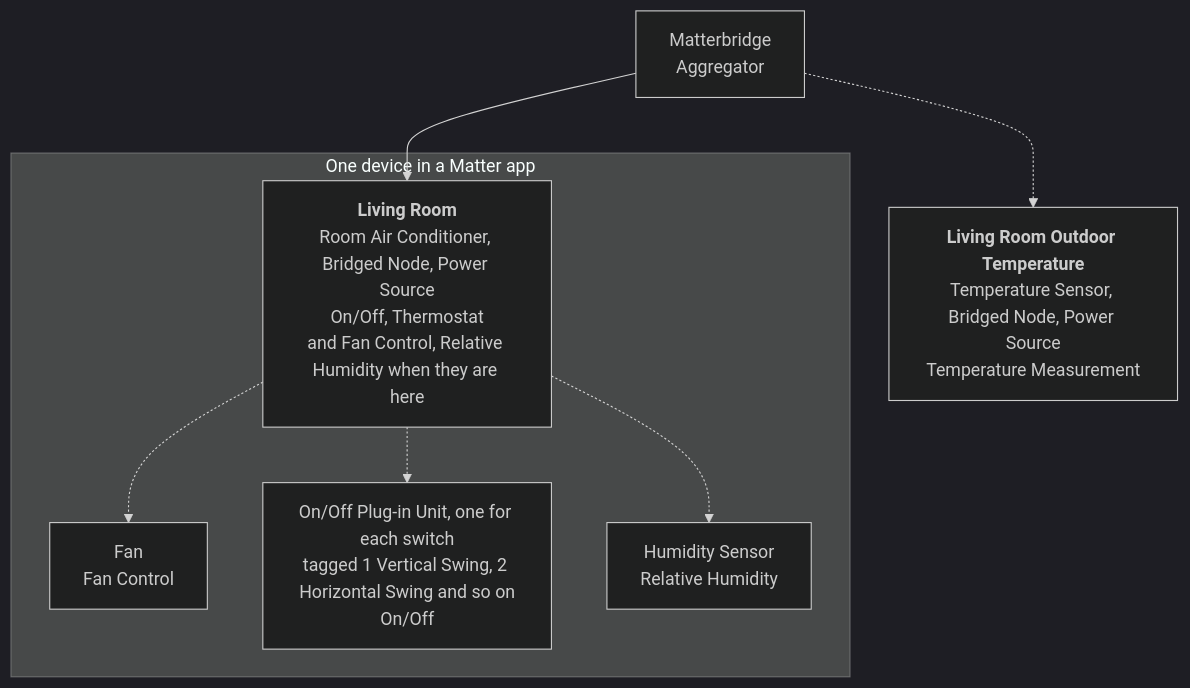
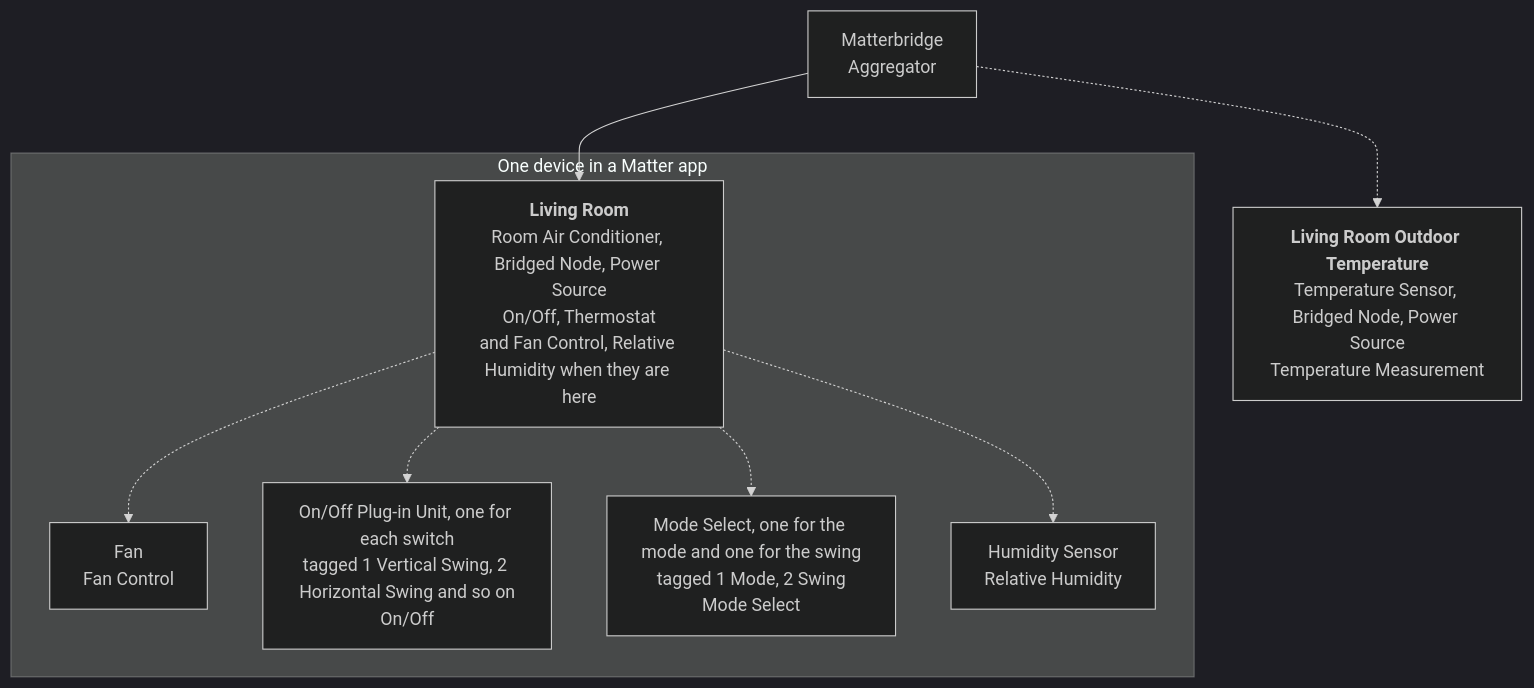
Before and after one commit to cheziyi/matterbridge-daikin-local: the first of 2 diagrams in README.md, drawn with Mermaid (dark theme). The commit also changed other lines of this file and 16 other files, not shown here.

First line of the commit message:
feat(devices): add mode selects for the mode and the swing

````diff
--- a/README.md
+++ b/README.md
@@ -116,16 +116,18 @@
 ```mermaid
 flowchart TD
     bridge["Matterbridge<br/>Aggregator"]
     subgraph device["One device in a Matter app"]
         ac["<b>Living Room</b><br/>Room Air Conditioner, Bridged Node, Power Source<br/>On/Off, Thermostat<br/>and Fan Control, Relative Humidity when they are here"]
         fan["Fan<br/>Fan Control"]
         switches["On/Off Plug-in Unit, one for each switch<br/>tagged 1 Vertical Swing, 2 Horizontal Swing and so on<br/>On/Off"]
+        selects["Mode Select, one for the mode and one for the swing<br/>tagged 1 Mode, 2 Swing<br/>Mode Select"]
         humidity["Humidity Sensor<br/>Relative Humidity"]
     end
     outdoor["<b>Living Room Outdoor Temperature</b><br/>Temperature Sensor, Bridged Node, Power Source<br/>Temperature Measurement"]
     bridge --> ac
     ac -.-> fan
     ac -.-> switches
+    ac -.-> selects
     ac -.-> humidity
     bridge -.-> outdoor
 ```
````
